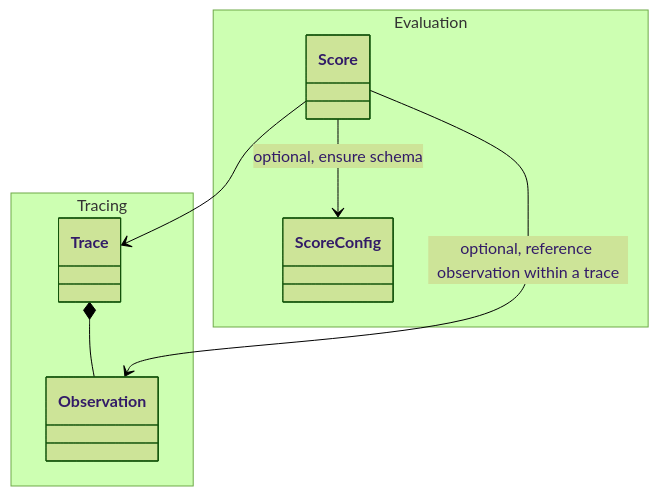
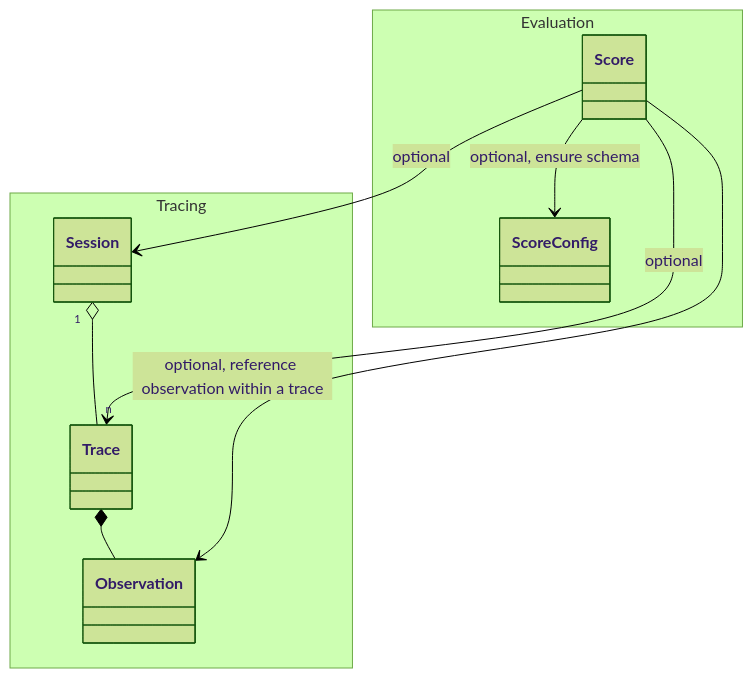
The third of 3 diagrams in pages/docs/tracing-data-model.mdx (langfuse/langfuse-docs), drawn with Mermaid (forest theme) before and after one commit. The commit also changed other lines of this file, not shown here.

Commit message:
docs: fix docs re score data model

````diff
--- a/pages/docs/tracing-data-model.mdx
+++ b/pages/docs/tracing-data-model.mdx
@@ -108,17 +110,20 @@
 ```mermaid
 classDiagram
   namespace Evaluation {
     class Score
     class ScoreConfig
   }
 
   namespace Tracing {
     class Trace
     class Observation
+    class Session
   }
 
   Trace *-- Observation
-  Score --> Trace
+  Session "1" o-- "n" Trace
+  Score --> Session : optional
+  Score --> Trace : optional
   Score --> Observation : optional, reference observation within a trace
   Score --> ScoreConfig : optional, ensure schema
 ```
````
